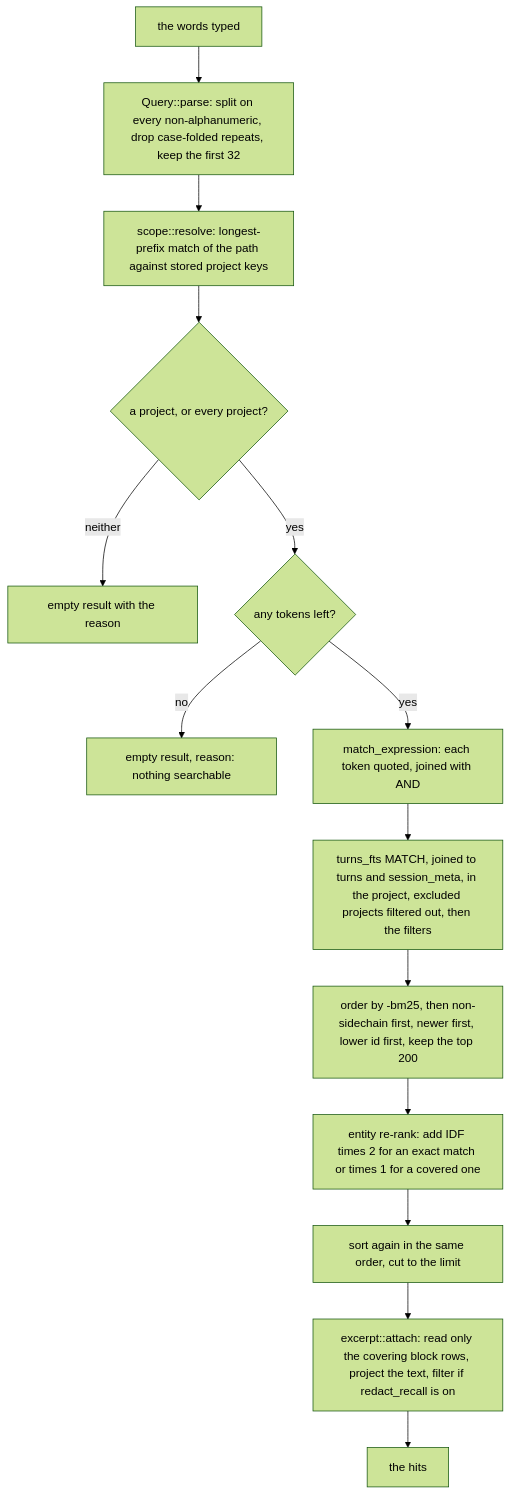
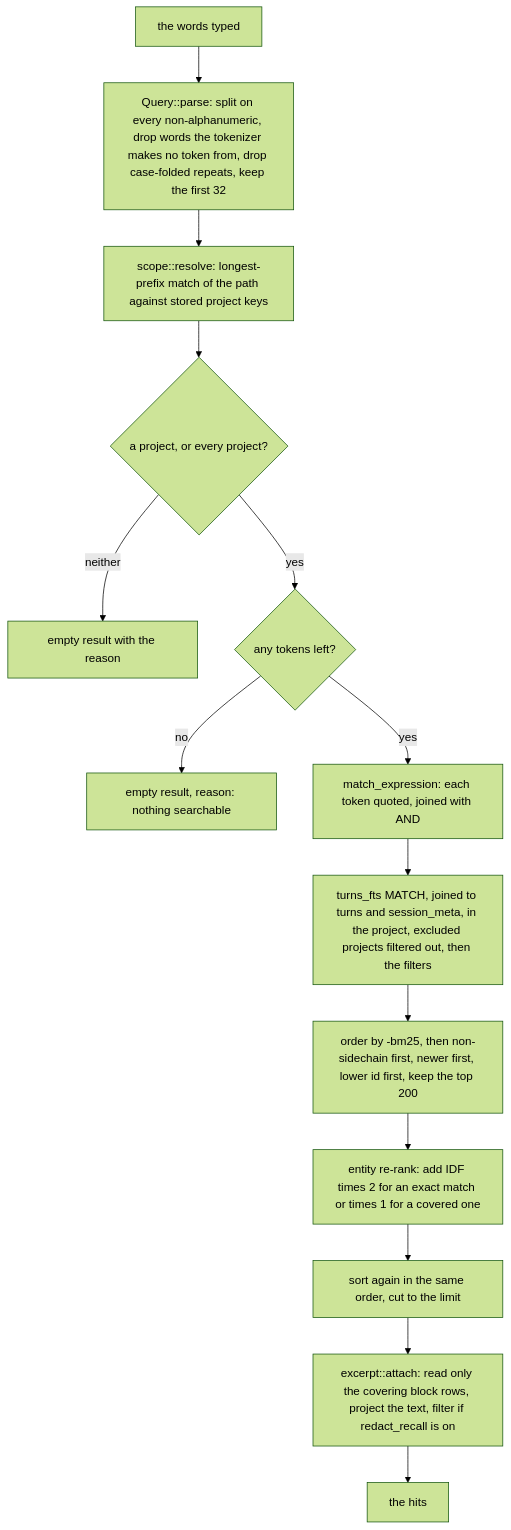
The first of 2 diagrams in docs/design/0005-search.md (jcrenshaw-dev/terminus), drawn with Mermaid (forest theme) before and after one commit. The commit also changed other lines of this file, not shown here.

First line of the commit message:
docs(4-1): say what unicode61 makes tokens from and what the query drops

````diff
--- a/docs/design/0005-search.md
+++ b/docs/design/0005-search.md
@@ -122,16 +123,16 @@
 ```mermaid
 flowchart TD
-  W["the words typed"] --> P["Query::parse: split on every non-alphanumeric, drop case-folded repeats, keep the first 32"]
+  W["the words typed"] --> P["Query::parse: split on every non-alphanumeric, drop words the tokenizer makes no token from, drop case-folded repeats, keep the first 32"]
   P --> S["scope::resolve: longest-prefix match of the path against stored project keys"]
   S --> R{"a project, or every project?"}
   R -->|"neither"| M["empty result with the reason"]
   R -->|"yes"| E{"any tokens left?"}
   E -->|"no"| N["empty result, reason: nothing searchable"]
   E -->|"yes"| X["match_expression: each token quoted, joined with AND"]
   X --> Q["turns_fts MATCH, joined to turns and session_meta, in the project, excluded projects filtered out, then the filters"]
   Q --> O["order by -bm25, then non-sidechain first, newer first, lower id first, keep the top 200"]
   O --> I["entity re-rank: add IDF times 2 for an exact match or times 1 for a covered one"]
   I --> L["sort again in the same order, cut to the limit"]
   L --> C["excerpt::attach: read only the covering block rows, project the text, filter if redact_recall is on"]
   C --> H["the hits"]
 ```
````
